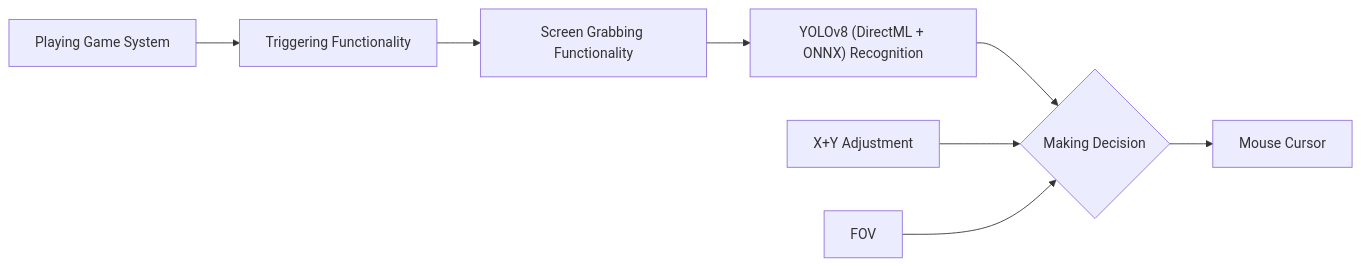
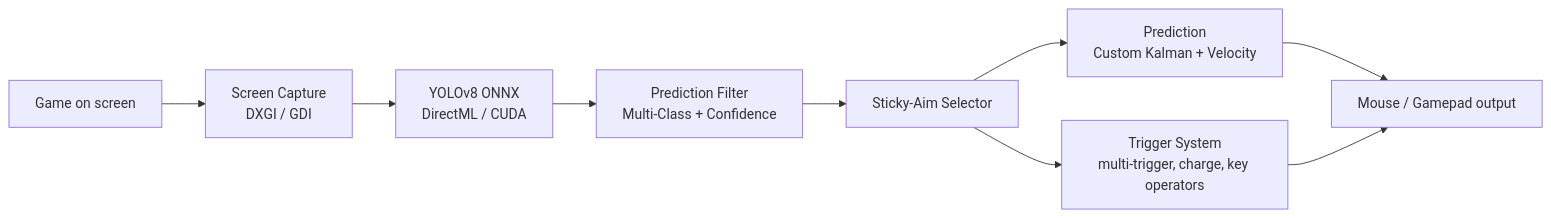
Before and after one commit to fgilde/AI-Ming: the diagram in README.md, drawn with Mermaid. The commit also changed other lines of this file and 465 other files, not shown here.

````diff
--- a/README.md
+++ b/README.md
@@ -49,16 +49,14 @@
 ```mermaid
-flowchart  LR
-A["Playing Game System"]
-C["Screen Grabbing Functionality"]
-B["YOLOv8 (DirectML + ONNX) Recognition"]
-D{Making Decision}
-DA["X+Y Adjustment"]
-DB["FOV"]
-E["Triggering Functionality"]
-F["Mouse Cursor"]
+flowchart LR
+A[Game on screen]
+C[Screen Capture<br/>DXGI / GDI]
+B[YOLOv8 ONNX<br/>DirectML / CUDA]
+F[Prediction Filter<br/>Multi-Class + Confidence]
+S[Sticky-Aim Selector]
+T[Trigger System<br/>multi-trigger, charge, key operators]
+P[Prediction<br/>Custom Kalman + Velocity]
+M[Mouse / Gamepad output]
 
-A --> E--> C  -->  B  --> D --> F 
-DA  -->  D
-DB  -->  D
-
+A --> C --> B --> F --> S --> P --> M
+S --> T --> M
 ```
````
